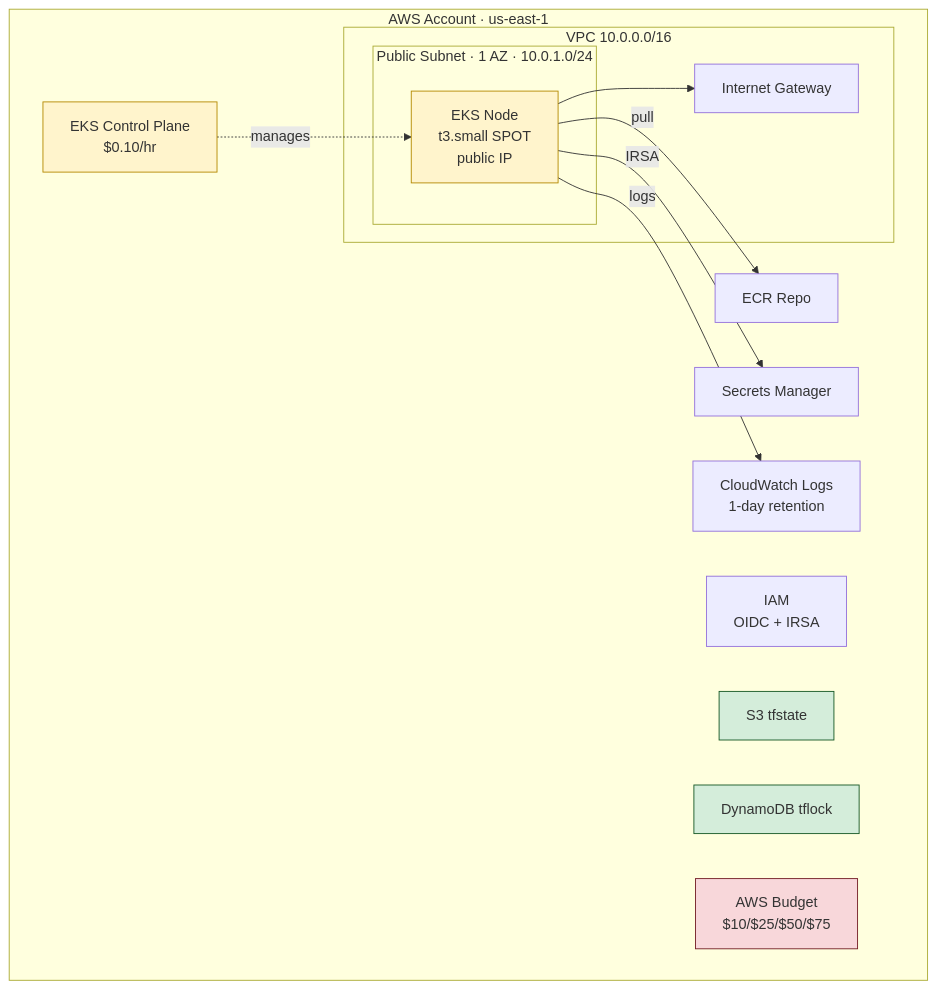
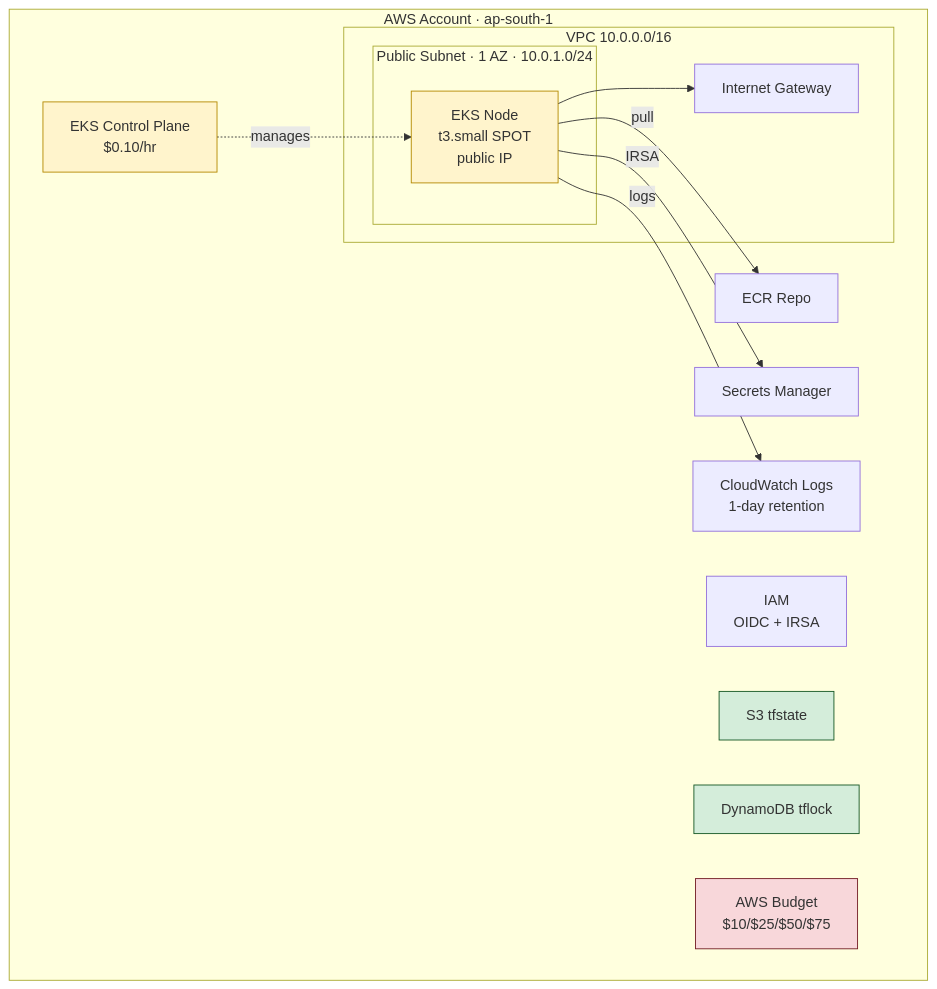
One commit to abhisheksinghautomotive/verdict changed the second of 6 diagrams in architecture.md. Above: the diagram before and after it, drawn with Mermaid. The commit also changed other lines of this file and 1 other file, not shown here.

Commit message:
chore: migrate infrastructure region from us-east-1 to ap-south-1 in … (#3)

````diff
--- a/architecture.md
+++ b/architecture.md
@@ -84,31 +84,31 @@
 ```mermaid
 flowchart TB
-    subgraph AWS["AWS Account · us-east-1"]
+    subgraph AWS["AWS Account · ap-south-1"]
         subgraph VPC["VPC 10.0.0.0/16"]
             subgraph PUB["Public Subnet · 1 AZ · 10.0.1.0/24"]
                 NODE["EKS Node<br/>t3.small SPOT<br/>public IP"]
             end
             IGW["Internet Gateway"]
         end
         EKSCP["EKS Control Plane<br/>$0.10/hr"]
         ECR["ECR Repo"]
         SM["Secrets Manager"]
         CW["CloudWatch Logs<br/>1-day retention"]
         IAM["IAM<br/>OIDC + IRSA"]
         S3["S3 tfstate"]
         DDB["DynamoDB tflock"]
         BUDGET["AWS Budget<br/>$10/$25/$50/$75"]
     end
 
     NODE --> IGW
     EKSCP -.manages.-> NODE
     NODE -->|pull| ECR
     NODE -->|IRSA| SM
     NODE -->|logs| CW
 
     style NODE fill:#fff4cc,stroke:#b58900
     style EKSCP fill:#fff4cc,stroke:#b58900
     style BUDGET fill:#f8d7da,stroke:#721c24
     style S3 fill:#d4edda,stroke:#155724
     style DDB fill:#d4edda,stroke:#155724
 ```
````
